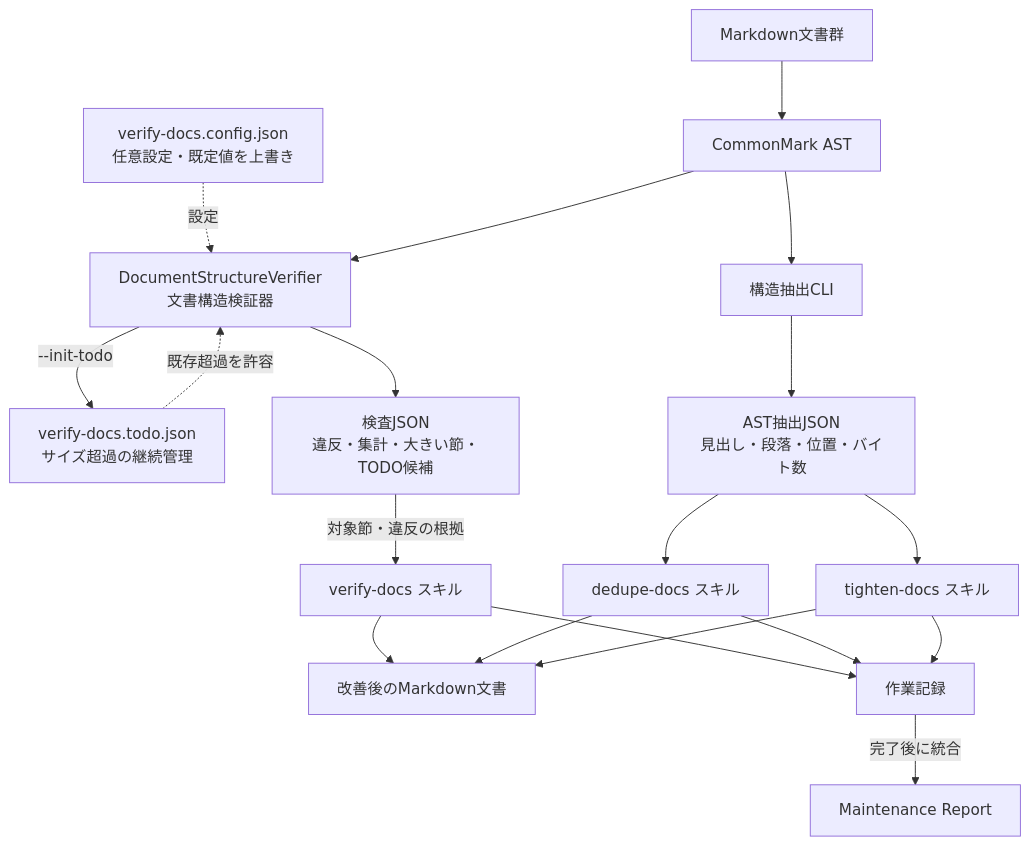
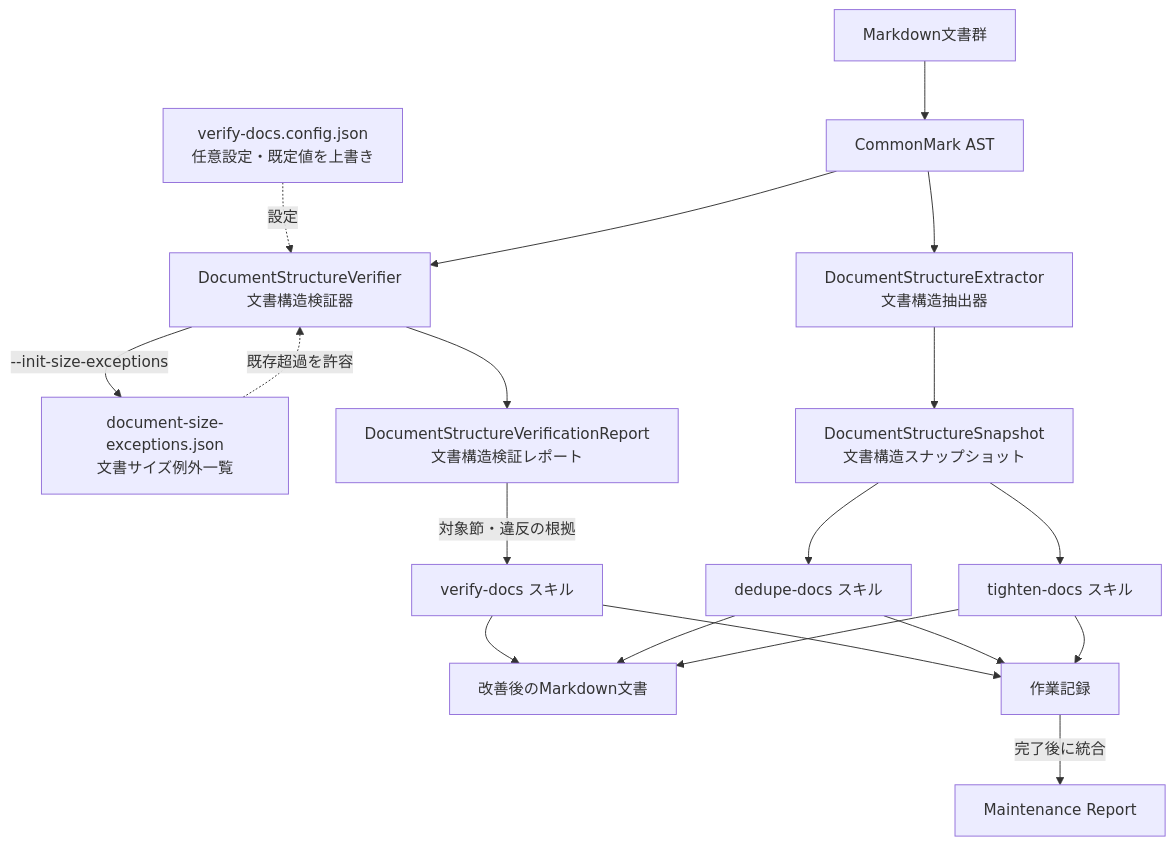
The diagram in packages/verify-docs/README.md (MichinaoShimizu/claude-kit), drawn with Mermaid before and after one commit. The commit also changed other lines of this file and 23 other files, not shown here.

Commit message:
Clarify document verification artifacts

````diff
--- a/packages/verify-docs/README.md
+++ b/packages/verify-docs/README.md
@@ -83,37 +80,37 @@
 ```mermaid
 flowchart TD
     Docs[Markdown文書群]
     Config[verify-docs.config.json<br/>任意設定・既定値を上書き]
-    Todo[verify-docs.todo.json<br/>サイズ超過の継続管理]
+    SizeExceptions[document-size-exceptions.json<br/>文書サイズ例外一覧]
     AST[CommonMark AST]
     DocumentStructureVerifier[DocumentStructureVerifier<br/>文書構造検証器]
-    CheckJSON[検査JSON<br/>違反・集計・大きい節・TODO候補]
-    Extractor[構造抽出CLI]
-    ASTJSON[AST抽出JSON<br/>見出し・段落・位置・バイト数]
+    VerificationReport[DocumentStructureVerificationReport<br/>文書構造検証レポート]
+    DocumentStructureExtractor[DocumentStructureExtractor<br/>文書構造抽出器]
+    StructureSnapshot[DocumentStructureSnapshot<br/>文書構造スナップショット]
     VerifySkill[verify-docs スキル]
     Dedupe[dedupe-docs スキル]
     Tighten[tighten-docs スキル]
     UpdatedDocs[改善後のMarkdown文書]
     WorkRecords[作業記録]
     MaintenanceReport[Maintenance Report]
 
     Docs --> AST
     Config -.設定.-> DocumentStructureVerifier
-    Todo -.既存超過を許容.-> DocumentStructureVerifier
+    SizeExceptions -.既存超過を許容.-> DocumentStructureVerifier
     AST --> DocumentStructureVerifier
-    DocumentStructureVerifier --> CheckJSON
-    DocumentStructureVerifier -->|--init-todo| Todo
-    CheckJSON -->|対象節・違反の根拠| VerifySkill
+    DocumentStructureVerifier --> VerificationReport
+    DocumentStructureVerifier -->|--init-size-exceptions| SizeExceptions
+    VerificationReport -->|対象節・違反の根拠| VerifySkill
     VerifySkill --> WorkRecords
     VerifySkill --> UpdatedDocs
 
-    AST --> Extractor
-    Extractor --> ASTJSON
-    ASTJSON --> Dedupe
-    ASTJSON --> Tighten
+    AST --> DocumentStructureExtractor
+    DocumentStructureExtractor --> StructureSnapshot
+    StructureSnapshot --> Dedupe
+    StructureSnapshot --> Tighten
     Dedupe --> WorkRecords
     Tighten --> WorkRecords
     WorkRecords -->|完了後に統合| MaintenanceReport
     Dedupe --> UpdatedDocs
     Tighten --> UpdatedDocs
 ```
````
